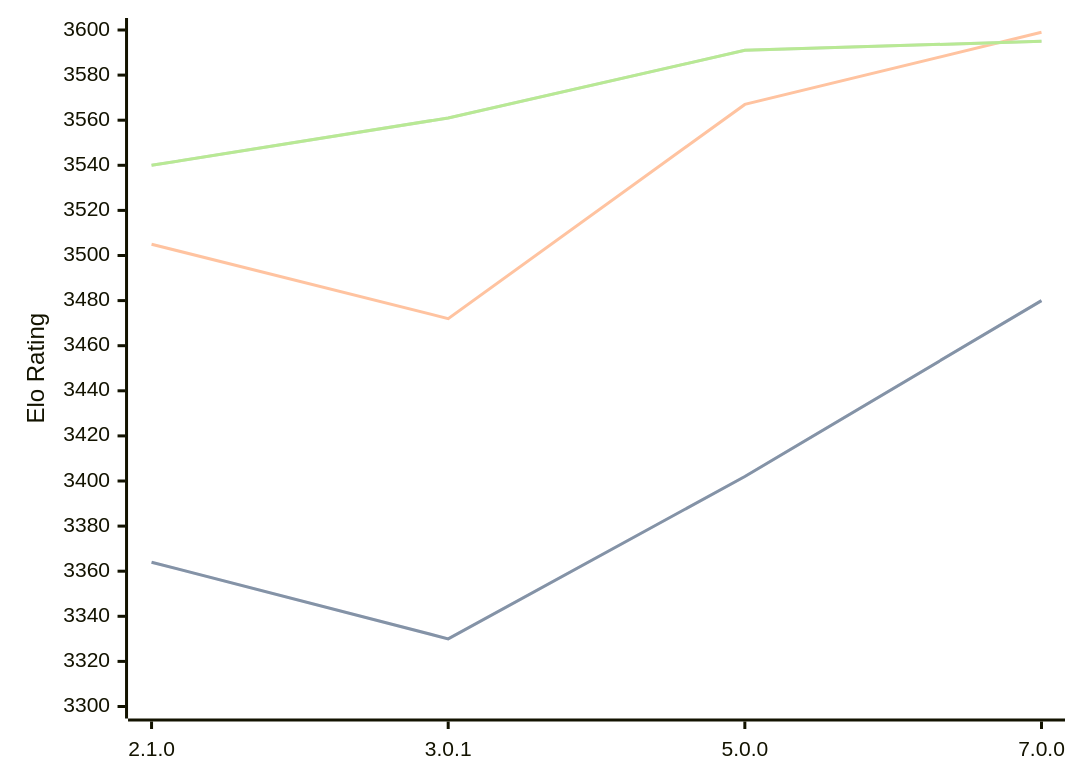
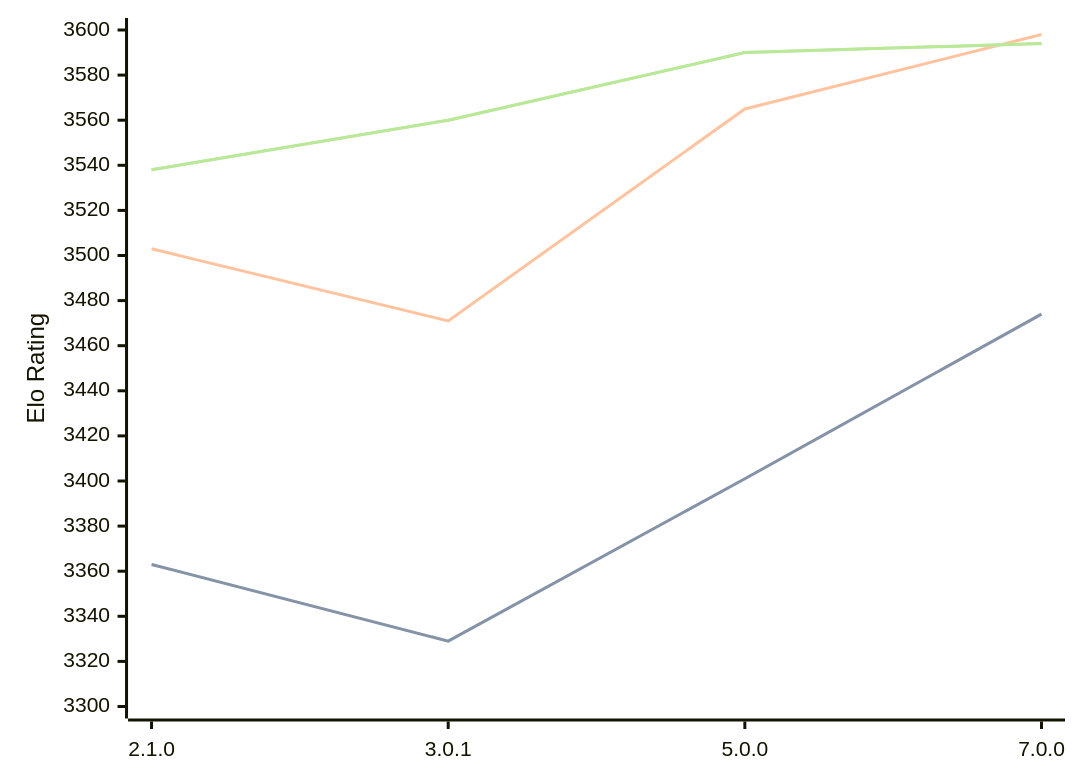
The diagram in engines/PlentyChess.md (computer-chess-index/cci), drawn with Mermaid before and after one commit. The commit also changed other lines of this file, not shown here.

Commit message:
Update CCI Ratings (ELO VLTC) - 2026-04-26

````diff
--- a/engines/PlentyChess.md
+++ b/engines/PlentyChess.md
@@ -45,11 +45,11 @@
 ```mermaid
 %%{init: {"theme":"base","themeVariables":{"seriesColors:['#a3a3a3','#222221','#faa371']}}}%%
 xychart-beta
   x-axis ["2.1.0", "3.0.1", "5.0.0", "7.0.0"]
   y-axis "Elo Rating" 3300 --> 3600
-  line "STC (8.0+0.08s)" [3364, 3330, 3402, 3480]
-  line "STC (8.0+0.08s)" [3364, 3330, 3402, 3480]
-  line "LTC (60.0+0.60s)" [3505, 3472, 3567, 3599]
-  line "VLTC (2m24s+1.12s)" [3540, 3561, 3591, 3595]
-  line "VLTC (2m24s+1.12s)" [3540, 3561, 3591, 3595]
+  line "STC (8.0+0.08s)" [3363, 3329, 3401, 3474]
+  line "STC (8.0+0.08s)" [3363, 3329, 3401, 3474]
+  line "LTC (60.0+0.60s)" [3503, 3471, 3565, 3598]
+  line "VLTC (2m24s+1.12s)" [3538, 3560, 3590, 3594]
+  line "VLTC (2m24s+1.12s)" [3538, 3560, 3590, 3594]
 ```
````
